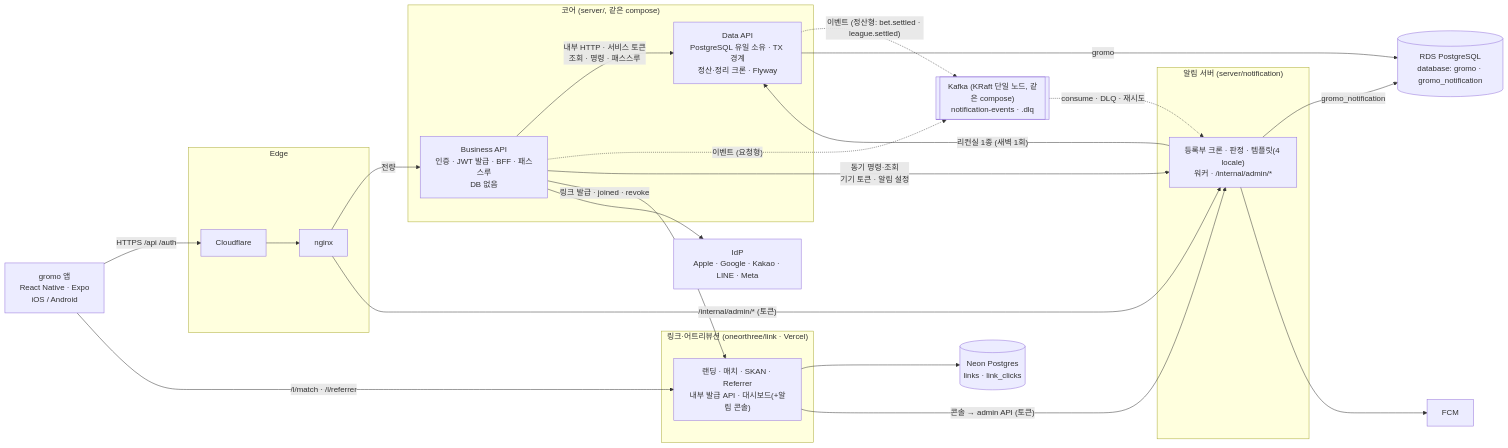
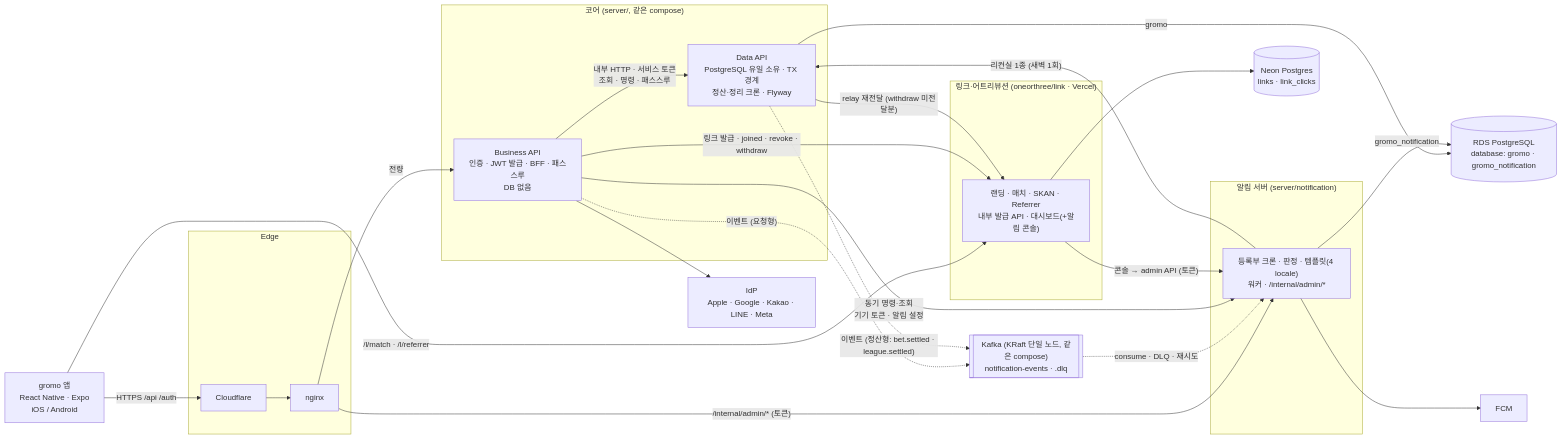
Before and after one commit to OneOrThree/phone: the first of 2 diagrams in docs/architecture/service-architecture.md, drawn with Mermaid. The commit also changed other lines of this file and 3 other files, not shown here.

First line of the commit message:
[CHORE] GROMO-1727 codex 7라운드 반영 — A18/A21 충돌 · Data→링크 relay 경로 · 클릭 백필 선행 · prod DB 프로비저닝

````diff
--- a/docs/architecture/service-architecture.md
+++ b/docs/architecture/service-architecture.md
@@ -12,40 +12,41 @@
 ```mermaid
 flowchart LR
   APP["gromo 앱<br/>React Native · Expo<br/>iOS / Android"]
   subgraph Edge["Edge"]
     CF["Cloudflare"] --> NX["nginx"]
   end
   subgraph Core["코어 (server/, 같은 compose)"]
     BIZ["Business API<br/>인증 · JWT 발급 · BFF · 패스스루<br/>DB 없음"]
     DATA["Data API<br/>PostgreSQL 유일 소유 · TX 경계<br/>정산·정리 크론 · Flyway"]
   end
   subgraph Noti["알림 서버 (server/notification)"]
     NS["등록부 크론 · 판정 · 템플릿(4 locale)<br/>워커 · /internal/admin/*"]
   end
   subgraph Link["링크·어트리뷰션 (oneorthree/link · Vercel)"]
     LK["랜딩 · 매치 · SKAN · Referrer<br/>내부 발급 API · 대시보드(+알림 콘솔)"]
   end
   PG[("RDS PostgreSQL<br/>database: gromo · gromo_notification")]
   NEON[("Neon Postgres<br/>links · link_clicks")]
   FCM["FCM"]
   IDP["IdP<br/>Apple · Google · Kakao · LINE · Meta"]
 
   APP -->|"HTTPS /api /auth"| CF
   NX -->|"전량"| BIZ
   NX -->|"/internal/admin/* (토큰)"| NS
   APP -->|"/l/match · /l/referrer"| LK
   BIZ -->|"내부 HTTP · 서비스 토큰<br/>조회 · 명령 · 패스스루"| DATA
   KAFKA[["Kafka (KRaft 단일 노드, 같은 compose)<br/>notification-events · .dlq"]]
   BIZ -.->|"이벤트 (요청형)"| KAFKA
   DATA -.->|"이벤트 (정산형: bet.settled · league.settled)"| KAFKA
   KAFKA -.->|"consume · DLQ · 재시도"| NS
   BIZ -->|"동기 명령·조회<br/>기기 토큰 · 알림 설정"| NS
   NS -->|"리컨실 1종 (새벽 1회)"| DATA
-  BIZ -->|"링크 발급 · joined · revoke"| LK
+  BIZ -->|"링크 발급 · joined · revoke · withdraw"| LK
+  DATA -->|"relay 재전달 (withdraw 미전달분)"| LK
   DATA -->|"gromo"| PG
   NS -->|"gromo_notification"| PG
   LK --> NEON
   NS --> FCM
   BIZ --> IDP
   LK -->|"콘솔 → admin API (토큰)"| NS
 ```
````
